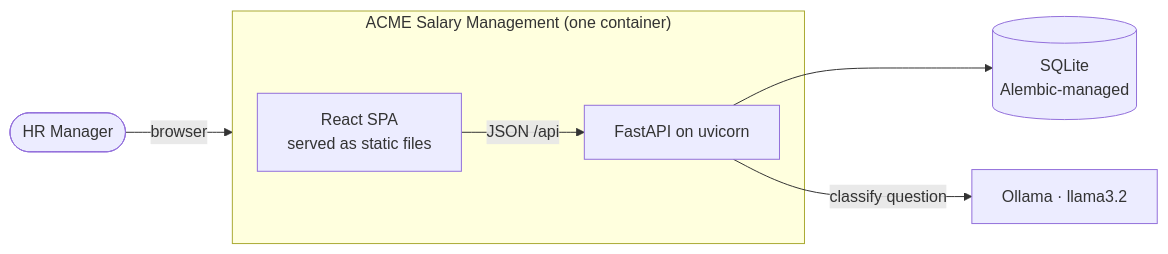
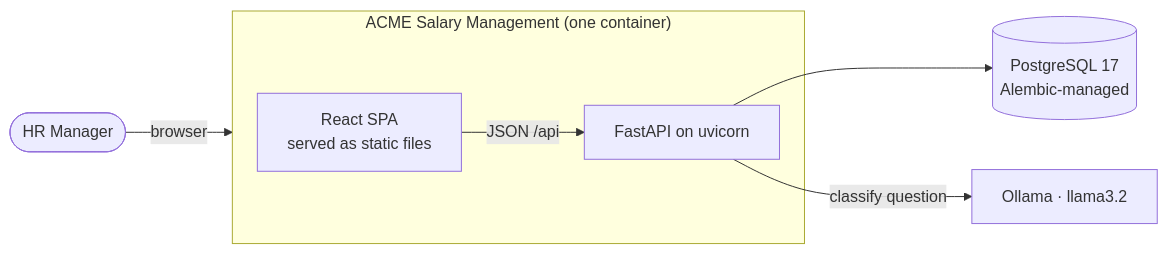
The first of 4 diagrams in docs/ARCHITECTURE.md (ManishgandotraCoder/acme), drawn with Mermaid before and after one commit. The commit also changed other lines of this file and 9 other files, not shown here.

First line of the commit message:
docs: PostgreSQL ADR and updated architecture, decisions and setup

````diff
--- a/docs/ARCHITECTURE.md
+++ b/docs/ARCHITECTURE.md
@@ -8,11 +8,11 @@
 ```mermaid
 flowchart LR
     HR([HR Manager]) -->|browser| APP
     subgraph APP["ACME Salary Management (one container)"]
         UI[React SPA<br/>served as static files]
         API[FastAPI on uvicorn]
         UI -->|JSON /api| API
     end
-    API --> DB[(SQLite<br/>Alembic-managed)]
+    API --> DB[(PostgreSQL 17<br/>Alembic-managed)]
     API -->|classify question| OL[Ollama · llama3.2]
 ```
````
